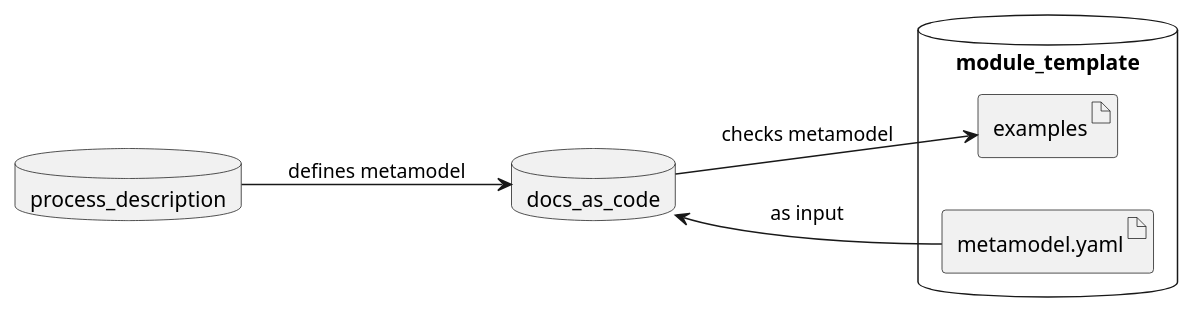
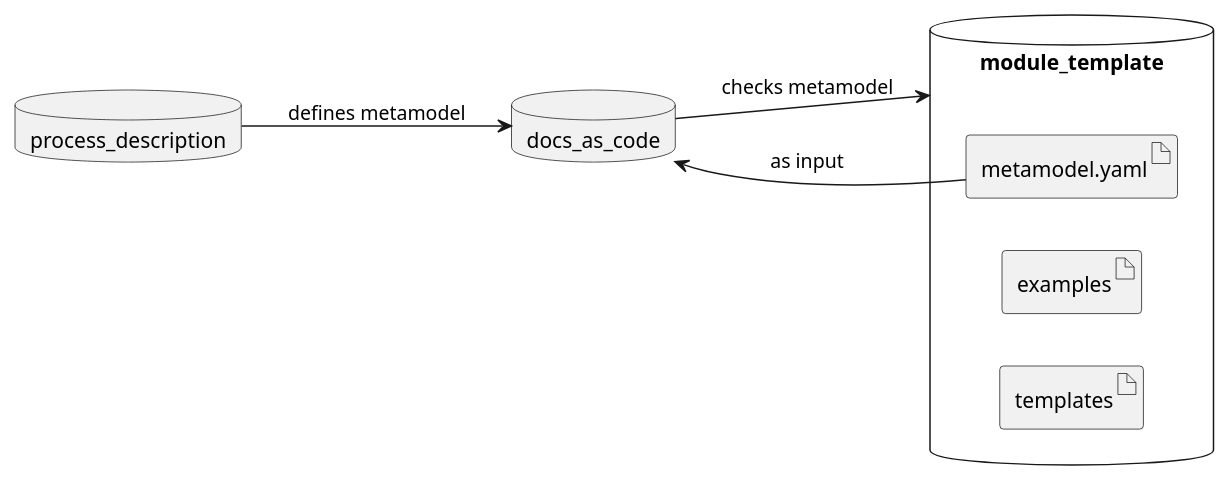
Before and after one commit to eclipse-score/score: the fifth of 6 diagrams in docs/design_decisions/DR-007-infra.rst, drawn with PlantUML. The commit also changed other lines of this file, not shown here.

First line of the commit message:
Clarify "examples" vs "templates"

```diff
--- a/docs/design_decisions/DR-007-infra.rst
+++ b/docs/design_decisions/DR-007-infra.rst
@@ -213,17 +225,18 @@
 .. uml::
    :align: center
    :caption: Move meta model and examples into a separate repository
 
    left to right direction
    database process_description {
    }
    database docs_as_code {
    }
    database module_template {
       artifact metamodel.yaml as yaml
       artifact examples
+      artifact templates
    }
 
    process_description --> docs_as_code : defines metamodel
-   docs_as_code --> examples : checks metamodel
+   docs_as_code --> module_template : checks metamodel
    yaml --> docs_as_code : as input
```
